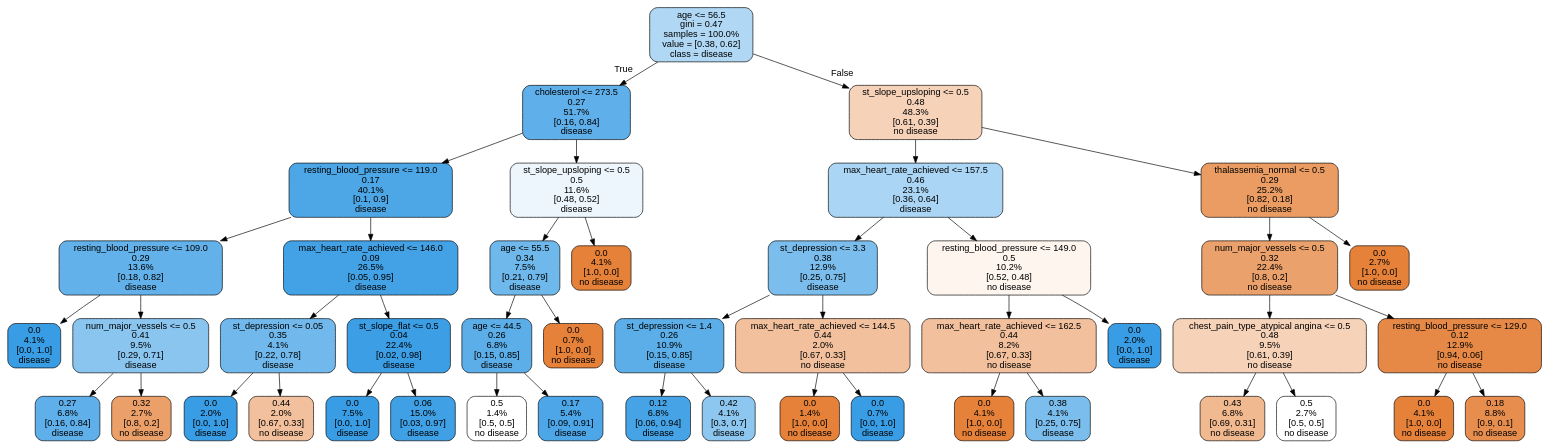
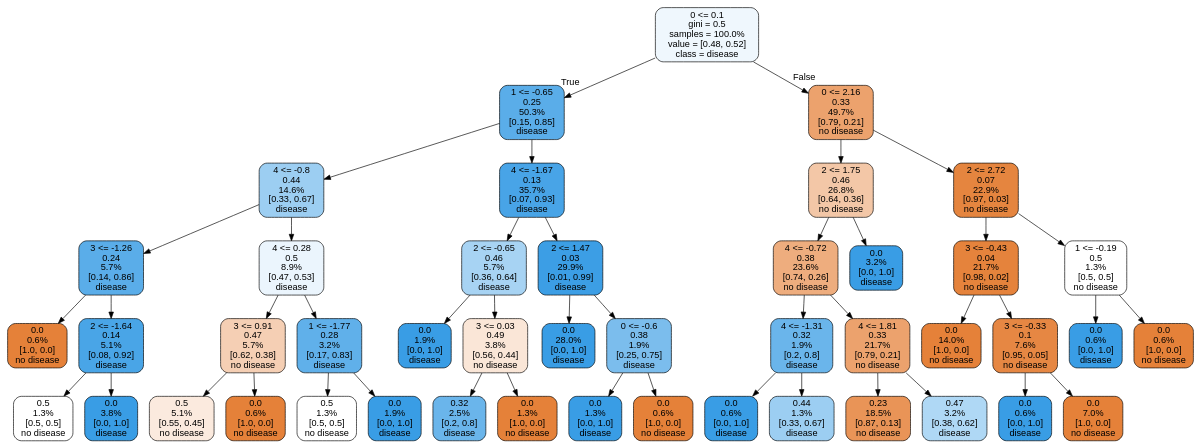
Before and after one commit to wink94/Heart-Disease-Predict: the diagram in tree.dot, drawn with Graphviz. The commit also changed 3 other files, not shown here.

```diff
--- a/tree.dot
+++ b/tree.dot
@@ -1,93 +1,93 @@
 digraph Tree {
 node [shape=box, style="filled, rounded", color="black", fontname=helvetica] ;
 edge [fontname=helvetica] ;
-0 [label="age <= 56.5\ngini = 0.47\nsamples = 100.0%\nvalue = [0.38, 0.62]\nclass = disease", fillcolor="#399de565"] ;
-1 [label="cholesterol <= 273.5\n0.27\n51.7%\n[0.16, 0.84]\ndisease", fillcolor="#399de5ce"] ;
+0 [label="0 <= 0.1\ngini = 0.5\nsamples = 100.0%\nvalue = [0.48, 0.52]\nclass = disease", fillcolor="#399de514"] ;
+1 [label="1 <= -0.65\n0.25\n50.3%\n[0.15, 0.85]\ndisease", fillcolor="#399de5d4"] ;
 0 -> 1 [labeldistance=2.5, labelangle=45, headlabel="True"] ;
-2 [label="resting_blood_pressure <= 119.0\n0.17\n40.1%\n[0.1, 0.9]\ndisease", fillcolor="#399de5e4"] ;
+2 [label="4 <= -0.8\n0.44\n14.6%\n[0.33, 0.67]\ndisease", fillcolor="#399de57f"] ;
 1 -> 2 ;
-3 [label="resting_blood_pressure <= 109.0\n0.29\n13.6%\n[0.18, 0.82]\ndisease", fillcolor="#399de5c9"] ;
+3 [label="3 <= -1.26\n0.24\n5.7%\n[0.14, 0.86]\ndisease", fillcolor="#399de5d4"] ;
 2 -> 3 ;
-4 [label="0.0\n4.1%\n[0.0, 1.0]\ndisease", fillcolor="#399de5ff"] ;
+4 [label="0.0\n0.6%\n[1.0, 0.0]\nno disease", fillcolor="#e58139ff"] ;
 3 -> 4 ;
-5 [label="num_major_vessels <= 0.5\n0.41\n9.5%\n[0.29, 0.71]\ndisease", fillcolor="#399de596"] ;
+5 [label="2 <= -1.64\n0.14\n5.1%\n[0.08, 0.92]\ndisease", fillcolor="#399de5ea"] ;
 3 -> 5 ;
-6 [label="0.27\n6.8%\n[0.16, 0.84]\ndisease", fillcolor="#399de5cf"] ;
+6 [label="0.5\n1.3%\n[0.5, 0.5]\nno disease", fillcolor="#e5813900"] ;
 5 -> 6 ;
-7 [label="0.32\n2.7%\n[0.8, 0.2]\nno disease", fillcolor="#e58139bf"] ;
+7 [label="0.0\n3.8%\n[0.0, 1.0]\ndisease", fillcolor="#399de5ff"] ;
 5 -> 7 ;
-8 [label="max_heart_rate_achieved <= 146.0\n0.09\n26.5%\n[0.05, 0.95]\ndisease", fillcolor="#399de5f2"] ;
+8 [label="4 <= 0.28\n0.5\n8.9%\n[0.47, 0.53]\ndisease", fillcolor="#399de519"] ;
 2 -> 8 ;
-9 [label="st_depression <= 0.05\n0.35\n4.1%\n[0.22, 0.78]\ndisease", fillcolor="#399de5b6"] ;
+9 [label="3 <= 0.91\n0.47\n5.7%\n[0.62, 0.38]\nno disease", fillcolor="#e5813960"] ;
 8 -> 9 ;
-10 [label="0.0\n2.0%\n[0.0, 1.0]\ndisease", fillcolor="#399de5ff"] ;
+10 [label="0.5\n5.1%\n[0.55, 0.45]\nno disease", fillcolor="#e581392a"] ;
 9 -> 10 ;
-11 [label="0.44\n2.0%\n[0.67, 0.33]\nno disease", fillcolor="#e581397f"] ;
+11 [label="0.0\n0.6%\n[1.0, 0.0]\nno disease", fillcolor="#e58139ff"] ;
 9 -> 11 ;
-12 [label="st_slope_flat <= 0.5\n0.04\n22.4%\n[0.02, 0.98]\ndisease", fillcolor="#399de5fa"] ;
+12 [label="1 <= -1.77\n0.28\n3.2%\n[0.17, 0.83]\ndisease", fillcolor="#399de5cc"] ;
 8 -> 12 ;
-13 [label="0.0\n7.5%\n[0.0, 1.0]\ndisease", fillcolor="#399de5ff"] ;
+13 [label="0.5\n1.3%\n[0.5, 0.5]\nno disease", fillcolor="#e5813900"] ;
 12 -> 13 ;
-14 [label="0.06\n15.0%\n[0.03, 0.97]\ndisease", fillcolor="#399de5f7"] ;
+14 [label="0.0\n1.9%\n[0.0, 1.0]\ndisease", fillcolor="#399de5ff"] ;
 12 -> 14 ;
-15 [label="st_slope_upsloping <= 0.5\n0.5\n11.6%\n[0.48, 0.52]\ndisease", fillcolor="#399de517"] ;
+15 [label="4 <= -1.67\n0.13\n35.7%\n[0.07, 0.93]\ndisease", fillcolor="#399de5eb"] ;
 1 -> 15 ;
-16 [label="age <= 55.5\n0.34\n7.5%\n[0.21, 0.79]\ndisease", fillcolor="#399de5b9"] ;
+16 [label="2 <= -0.65\n0.46\n5.7%\n[0.36, 0.64]\ndisease", fillcolor="#399de571"] ;
 15 -> 16 ;
-17 [label="age <= 44.5\n0.26\n6.8%\n[0.15, 0.85]\ndisease", fillcolor="#399de5d1"] ;
+17 [label="0.0\n1.9%\n[0.0, 1.0]\ndisease", fillcolor="#399de5ff"] ;
 16 -> 17 ;
-18 [label="0.5\n1.4%\n[0.5, 0.5]\nno disease", fillcolor="#e5813900"] ;
-17 -> 18 ;
-19 [label="0.17\n5.4%\n[0.09, 0.91]\ndisease", fillcolor="#399de5e6"] ;
-17 -> 19 ;
-20 [label="0.0\n0.7%\n[1.0, 0.0]\nno disease", fillcolor="#e58139ff"] ;
-16 -> 20 ;
-21 [label="0.0\n4.1%\n[1.0, 0.0]\nno disease", fillcolor="#e58139ff"] ;
+18 [label="3 <= 0.03\n0.49\n3.8%\n[0.56, 0.44]\nno disease", fillcolor="#e5813933"] ;
+16 -> 18 ;
+19 [label="0.32\n2.5%\n[0.2, 0.8]\ndisease", fillcolor="#399de5bf"] ;
+18 -> 19 ;
+20 [label="0.0\n1.3%\n[1.0, 0.0]\nno disease", fillcolor="#e58139ff"] ;
+18 -> 20 ;
+21 [label="2 <= 1.47\n0.03\n29.9%\n[0.01, 0.99]\ndisease", fillcolor="#399de5fb"] ;
 15 -> 21 ;
-22 [label="st_slope_upsloping <= 0.5\n0.48\n48.3%\n[0.61, 0.39]\nno disease", fillcolor="#e581395a"] ;
-0 -> 22 [labeldistance=2.5, labelangle=-45, headlabel="False"] ;
-23 [label="max_heart_rate_achieved <= 157.5\n0.46\n23.1%\n[0.36, 0.64]\ndisease", fillcolor="#399de56d"] ;
-22 -> 23 ;
-24 [label="st_depression <= 3.3\n0.38\n12.9%\n[0.25, 0.75]\ndisease", fillcolor="#399de5aa"] ;
+22 [label="0.0\n28.0%\n[0.0, 1.0]\ndisease", fillcolor="#399de5ff"] ;
+21 -> 22 ;
+23 [label="0 <= -0.6\n0.38\n1.9%\n[0.25, 0.75]\ndisease", fillcolor="#399de5aa"] ;
+21 -> 23 ;
+24 [label="0.0\n1.3%\n[0.0, 1.0]\ndisease", fillcolor="#399de5ff"] ;
 23 -> 24 ;
-25 [label="st_depression <= 1.4\n0.26\n10.9%\n[0.15, 0.85]\ndisease", fillcolor="#399de5d1"] ;
-24 -> 25 ;
-26 [label="0.12\n6.8%\n[0.06, 0.94]\ndisease", fillcolor="#399de5ee"] ;
-25 -> 26 ;
-27 [label="0.42\n4.1%\n[0.3, 0.7]\ndisease", fillcolor="#399de592"] ;
-25 -> 27 ;
-28 [label="max_heart_rate_achieved <= 144.5\n0.44\n2.0%\n[0.67, 0.33]\nno disease", fillcolor="#e581397f"] ;
-24 -> 28 ;
-29 [label="0.0\n1.4%\n[1.0, 0.0]\nno disease", fillcolor="#e58139ff"] ;
+25 [label="0.0\n0.6%\n[1.0, 0.0]\nno disease", fillcolor="#e58139ff"] ;
+23 -> 25 ;
+26 [label="0 <= 2.16\n0.33\n49.7%\n[0.79, 0.21]\nno disease", fillcolor="#e58139bc"] ;
+0 -> 26 [labeldistance=2.5, labelangle=-45, headlabel="False"] ;
+27 [label="2 <= 1.75\n0.46\n26.8%\n[0.64, 0.36]\nno disease", fillcolor="#e5813971"] ;
+26 -> 27 ;
+28 [label="4 <= -0.72\n0.38\n23.6%\n[0.74, 0.26]\nno disease", fillcolor="#e58139a6"] ;
+27 -> 28 ;
+29 [label="4 <= -1.31\n0.32\n1.9%\n[0.2, 0.8]\ndisease", fillcolor="#399de5bf"] ;
 28 -> 29 ;
-30 [label="0.0\n0.7%\n[0.0, 1.0]\ndisease", fillcolor="#399de5ff"] ;
-28 -> 30 ;
-31 [label="resting_blood_pressure <= 149.0\n0.5\n10.2%\n[0.52, 0.48]\nno disease", fillcolor="#e5813915"] ;
-23 -> 31 ;
-32 [label="max_heart_rate_achieved <= 162.5\n0.44\n8.2%\n[0.67, 0.33]\nno disease", fillcolor="#e581397f"] ;
-31 -> 32 ;
-33 [label="0.0\n4.1%\n[1.0, 0.0]\nno disease", fillcolor="#e58139ff"] ;
+30 [label="0.0\n0.6%\n[0.0, 1.0]\ndisease", fillcolor="#399de5ff"] ;
+29 -> 30 ;
+31 [label="0.44\n1.3%\n[0.33, 0.67]\ndisease", fillcolor="#399de57f"] ;
+29 -> 31 ;
+32 [label="4 <= 1.81\n0.33\n21.7%\n[0.79, 0.21]\nno disease", fillcolor="#e58139bc"] ;
+28 -> 32 ;
+33 [label="0.23\n18.5%\n[0.87, 0.13]\nno disease", fillcolor="#e58139d8"] ;
 32 -> 33 ;
-34 [label="0.38\n4.1%\n[0.25, 0.75]\ndisease", fillcolor="#399de5aa"] ;
+34 [label="0.47\n3.2%\n[0.38, 0.62]\ndisease", fillcolor="#399de566"] ;
 32 -> 34 ;
-35 [label="0.0\n2.0%\n[0.0, 1.0]\ndisease", fillcolor="#399de5ff"] ;
-31 -> 35 ;
-36 [label="thalassemia_normal <= 0.5\n0.29\n25.2%\n[0.82, 0.18]\nno disease", fillcolor="#e58139c8"] ;
-22 -> 36 ;
-37 [label="num_major_vessels <= 0.5\n0.32\n22.4%\n[0.8, 0.2]\nno disease", fillcolor="#e58139be"] ;
+35 [label="0.0\n3.2%\n[0.0, 1.0]\ndisease", fillcolor="#399de5ff"] ;
+27 -> 35 ;
+36 [label="2 <= 2.72\n0.07\n22.9%\n[0.97, 0.03]\nno disease", fillcolor="#e58139f6"] ;
+26 -> 36 ;
+37 [label="3 <= -0.43\n0.04\n21.7%\n[0.98, 0.02]\nno disease", fillcolor="#e58139fa"] ;
 36 -> 37 ;
-38 [label="chest_pain_type_atypical angina <= 0.5\n0.48\n9.5%\n[0.61, 0.39]\nno disease", fillcolor="#e581395b"] ;
+38 [label="0.0\n14.0%\n[1.0, 0.0]\nno disease", fillcolor="#e58139ff"] ;
 37 -> 38 ;
-39 [label="0.43\n6.8%\n[0.69, 0.31]\nno disease", fillcolor="#e581398e"] ;
-38 -> 39 ;
-40 [label="0.5\n2.7%\n[0.5, 0.5]\nno disease", fillcolor="#e5813900"] ;
-38 -> 40 ;
-41 [label="resting_blood_pressure <= 129.0\n0.12\n12.9%\n[0.94, 0.06]\nno disease", fillcolor="#e58139ed"] ;
-37 -> 41 ;
-42 [label="0.0\n4.1%\n[1.0, 0.0]\nno disease", fillcolor="#e58139ff"] ;
-41 -> 42 ;
-43 [label="0.18\n8.8%\n[0.9, 0.1]\nno disease", fillcolor="#e58139e3"] ;
-41 -> 43 ;
-44 [label="0.0\n2.7%\n[1.0, 0.0]\nno disease", fillcolor="#e58139ff"] ;
-36 -> 44 ;
+39 [label="3 <= -0.33\n0.1\n7.6%\n[0.95, 0.05]\nno disease", fillcolor="#e58139f1"] ;
+37 -> 39 ;
+40 [label="0.0\n0.6%\n[0.0, 1.0]\ndisease", fillcolor="#399de5ff"] ;
+39 -> 40 ;
+41 [label="0.0\n7.0%\n[1.0, 0.0]\nno disease", fillcolor="#e58139ff"] ;
+39 -> 41 ;
+42 [label="1 <= -0.19\n0.5\n1.3%\n[0.5, 0.5]\nno disease", fillcolor="#e5813900"] ;
+36 -> 42 ;
+43 [label="0.0\n0.6%\n[0.0, 1.0]\ndisease", fillcolor="#399de5ff"] ;
+42 -> 43 ;
+44 [label="0.0\n0.6%\n[1.0, 0.0]\nno disease", fillcolor="#e58139ff"] ;
+42 -> 44 ;
 }
```
